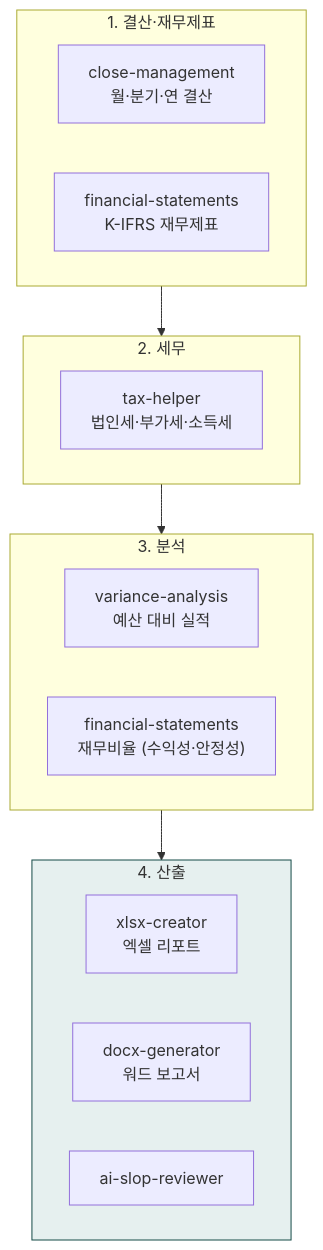
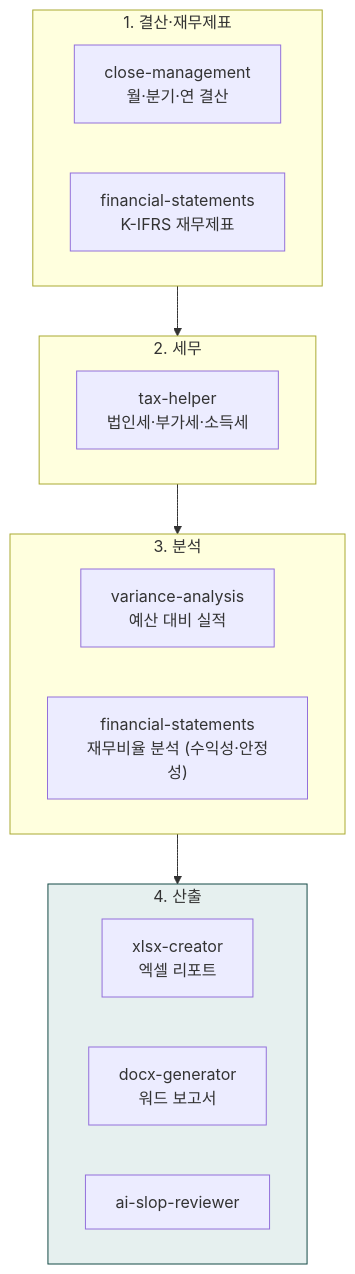
The first of 2 diagrams in content/cookbook/tracks/track-finance.md (modu-ai/claude), drawn with Mermaid before and after one commit. The commit also changed other lines of this file and 43 other files, not shown here.

````diff
--- a/content/cookbook/tracks/track-finance.md
+++ b/content/cookbook/tracks/track-finance.md
@@ -14,21 +14,21 @@
 ```mermaid
 flowchart TD
     subgraph 결산["1. 결산·재무제표"]
         A1["close-management<br/>월·분기·연 결산"]
         A2["financial-statements<br/>K-IFRS 재무제표"]
     end
     subgraph 세무["2. 세무"]
         B1["tax-helper<br/>법인세·부가세·소득세"]
     end
     subgraph 분석["3. 분석"]
         C1["variance-analysis<br/>예산 대비 실적"]
-        C2["financial-statements<br/>재무비율 (수익성·안정성)"]
+        C2["financial-statements<br/>재무비율 분석 (수익성·안정성)"]
     end
     subgraph 산출["4. 산출"]
         D1["xlsx-creator<br/>엑셀 리포트"]
         D2["docx-generator<br/>워드 보고서"]
         D3["ai-slop-reviewer"]
     end
     결산 --> 세무 --> 분석 --> 산출
     style 산출 fill:#e6f0ef,stroke:#144a46
 ```
````
